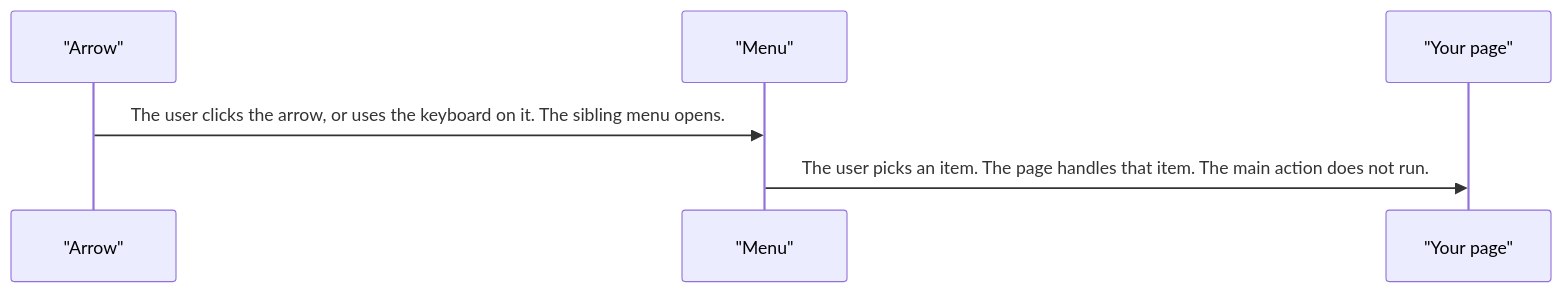
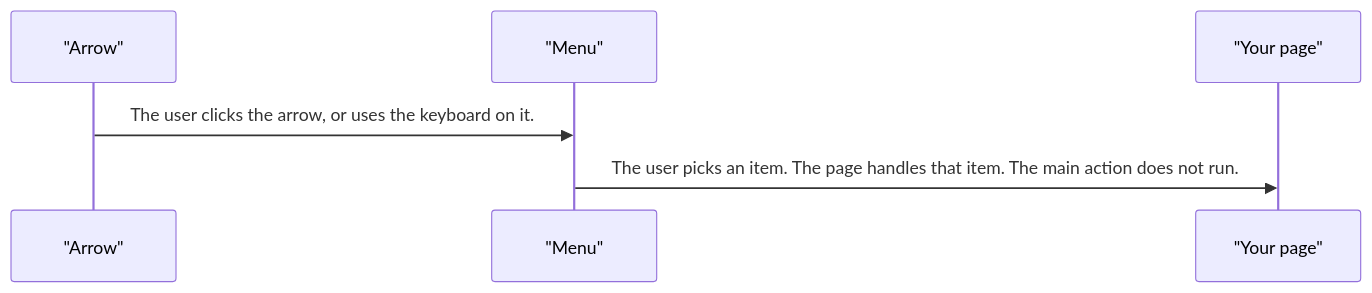
One commit to RajshekharBorate/pixel-ui changed the third of 4 diagrams in projects/pixel-ui/src/lib/pixel-split-button/DESIGN.md. Above: the diagram before and after it, drawn with Mermaid. The commit also changed other lines of this file and 80 other files, not shown here.

Commit message:
Fill missing design flows and correct the stories that did not match component behavior.

````diff
--- a/projects/pixel-ui/src/lib/pixel-split-button/DESIGN.md
+++ b/projects/pixel-ui/src/lib/pixel-split-button/DESIGN.md
@@ -65,8 +65,8 @@
 ```mermaid
 sequenceDiagram
   participant caret as "Arrow"
   participant menu as "Menu"
   participant page as "Your page"
-  caret->>menu: The user clicks the arrow, or uses the keyboard on it. The sibling menu opens.
+  caret->>menu: The user clicks the arrow, or uses the keyboard on it.
   menu->>page: The user picks an item. The page handles that item. The main action does not run.
 ```
````
